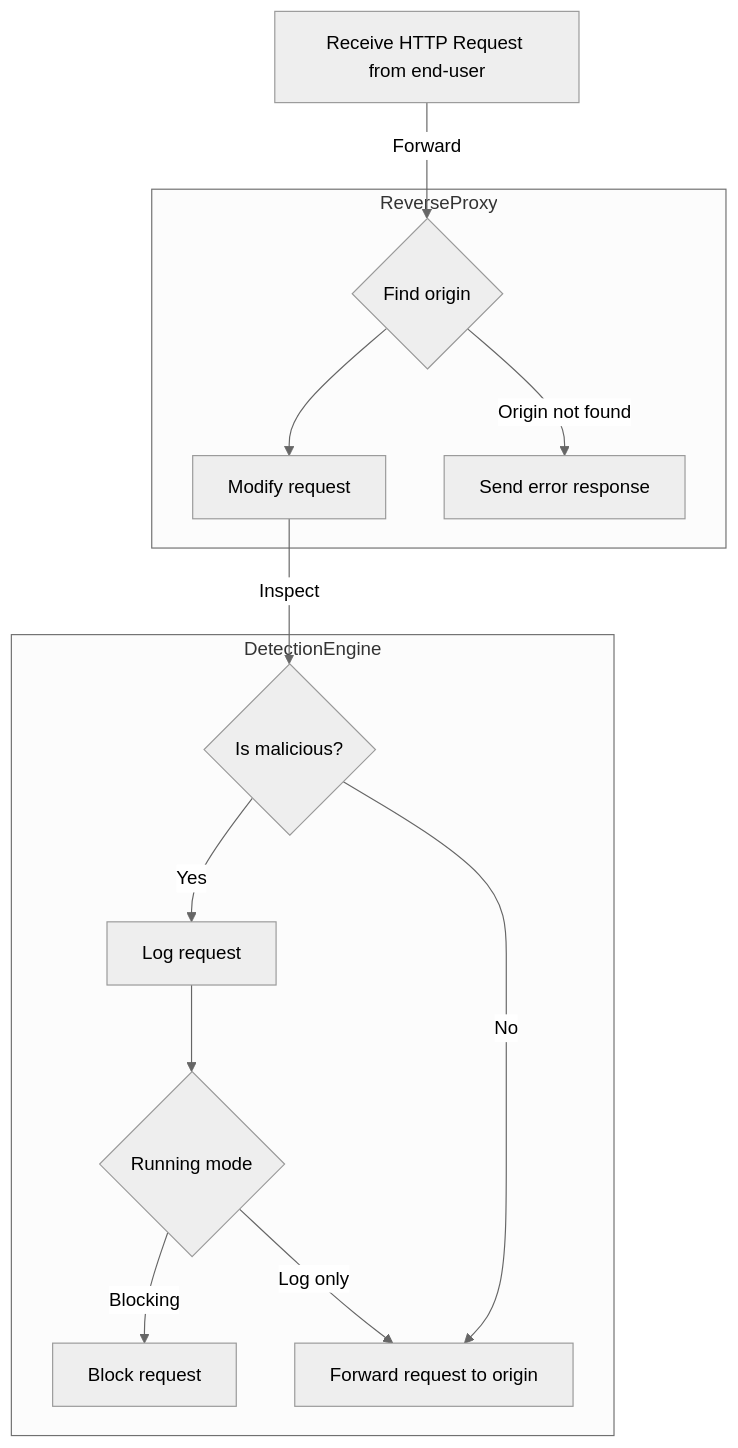
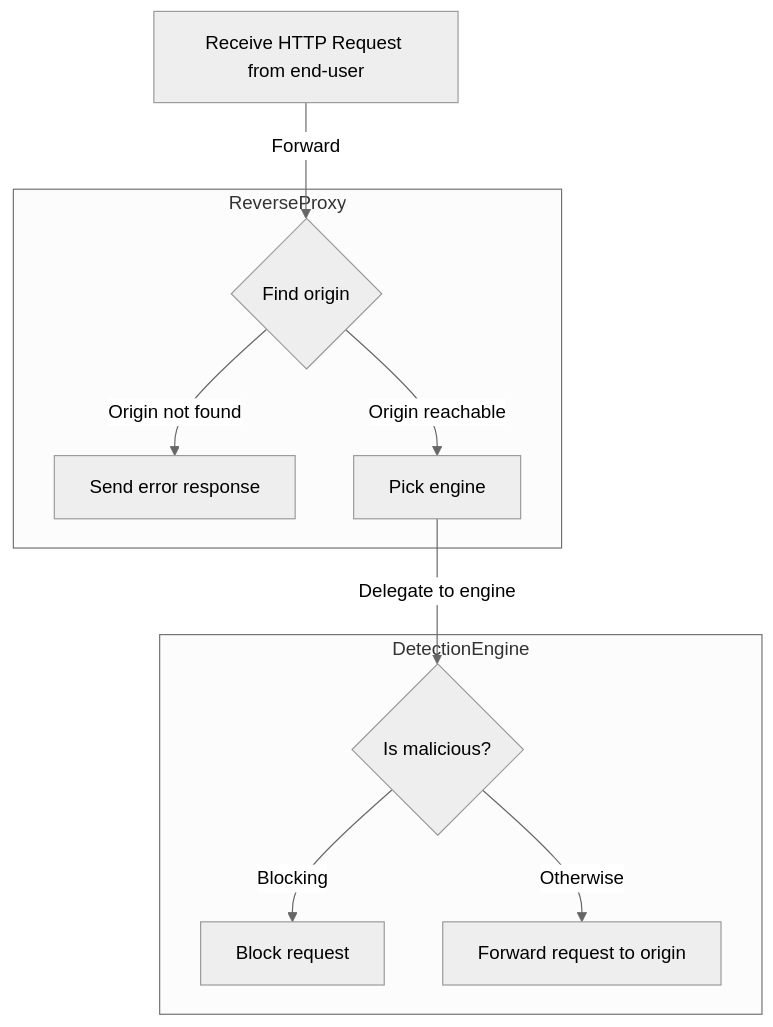
One commit to mcdobr/yawaf changed the diagram in doc/diagrams/activity_request.mmd. Above: the diagram before and after it, drawn with Mermaid (neutral theme). The commit also changed 1 other file, not shown here.

Commit message:
Refactor mermaid diagrams

```diff
--- a/doc/diagrams/activity_request.mmd
+++ b/doc/diagrams/activity_request.mmd
@@ -1,14 +1,12 @@
 graph TD
     A[Receive HTTP Request from end-user] --> |Forward| B{Find origin}
     subgraph ReverseProxy
-    B -->C[Modify request]
+
     B -->|Origin not found| D[Send error response]
+    B -->|Origin reachable| C[Pick engine]
     end ReverseProxy
     subgraph DetectionEngine
-    C --> |Inspect|E{Is malicious?}
-    E --> |Yes| F[Log request]
-    F --> H{Running mode}
-    H --> |Blocking| I[Block request]
-    H --> |Log only| G
-    E --> |No| G[Forward request to origin]
+    C -->|Delegate to engine| E{Is malicious?}
+    E --> |Blocking| I[Block request]
+    E --> |Otherwise| G[Forward request to origin]
     end DetectionEngine
```
